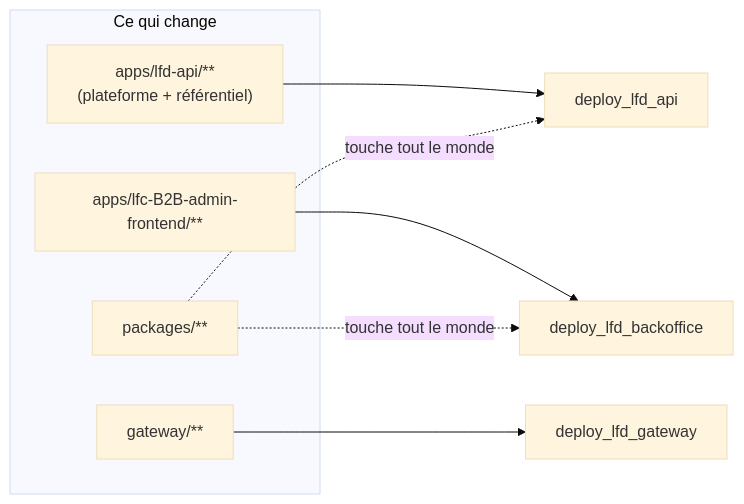
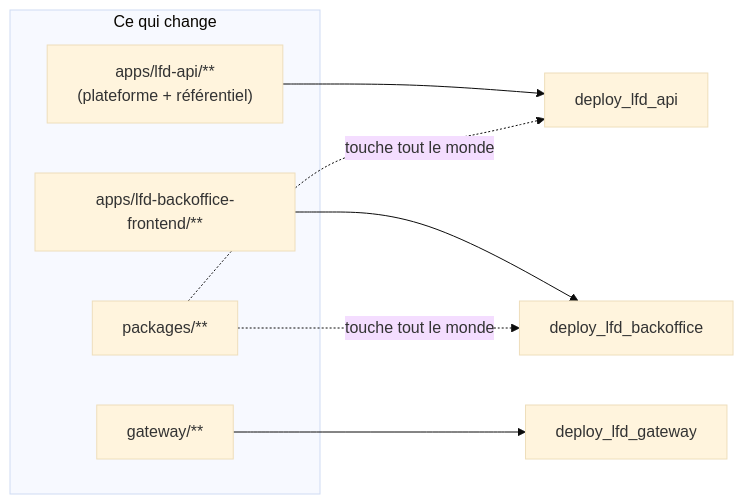
The first of 2 diagrams in documentation/ci-cd/pipelines.md (hugoheynard/lfd), drawn with Mermaid (base theme) before and after one commit. The commit also changed 2132 other files, not shown here.

````diff
--- a/documentation/ci-cd/pipelines.md
+++ b/documentation/ci-cd/pipelines.md
@@ -17,13 +17,13 @@
 ```mermaid
 flowchart LR
     subgraph src["Ce qui change"]
         A["apps/lfd-api/**<br/>(plateforme + référentiel)"]
-        C["apps/lfc-B2B-admin-frontend/**"]
+        C["apps/lfd-backoffice-frontend/**"]
         D["packages/**"]
         E["gateway/**"]
     end
     A --> WB[deploy_lfd_api]
     C --> WA[deploy_lfd_backoffice]
     E --> WG[deploy_lfd_gateway]
     D -.->|"touche tout le monde"| WB & WA
 ```
````
